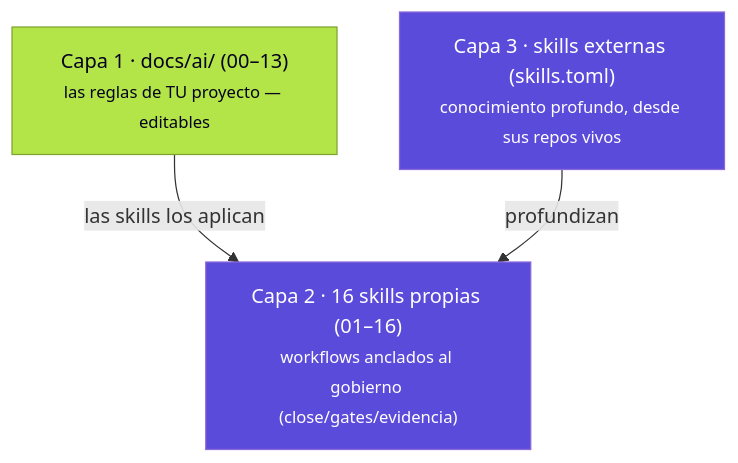
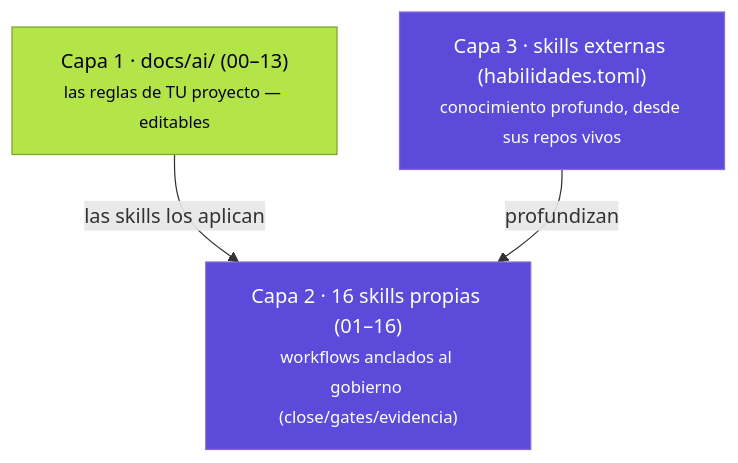
Before and after one commit to MscottB/tramalia: the diagram in docs/skills-guia.md, drawn with Mermaid. The commit also changed other lines of this file and 69 other files, not shown here.

````diff
--- a/docs/skills-guia.md
+++ b/docs/skills-guia.md
@@ -5,10 +5,10 @@
 ```mermaid
 flowchart TB
     classDef s fill:#5b4bdb,stroke:#8c68d9,color:#ffffff;
     classDef u fill:#b3e448,stroke:#7fa32e,color:#05031c;
     A["Capa 1 · docs/ai/ (00–13)<br/><small>las reglas de TU proyecto — editables</small>"]:::u
     B["Capa 2 · 16 skills propias (01–16)<br/><small>workflows anclados al gobierno (close/gates/evidencia)</small>"]:::s
-    C["Capa 3 · skills externas (skills.toml)<br/><small>conocimiento profundo, desde sus repos vivos</small>"]:::s
+    C["Capa 3 · skills externas (habilidades.toml)<br/><small>conocimiento profundo, desde sus repos vivos</small>"]:::s
     A -->|las skills los aplican| B
     C -->|profundizan| B
 ```
````
